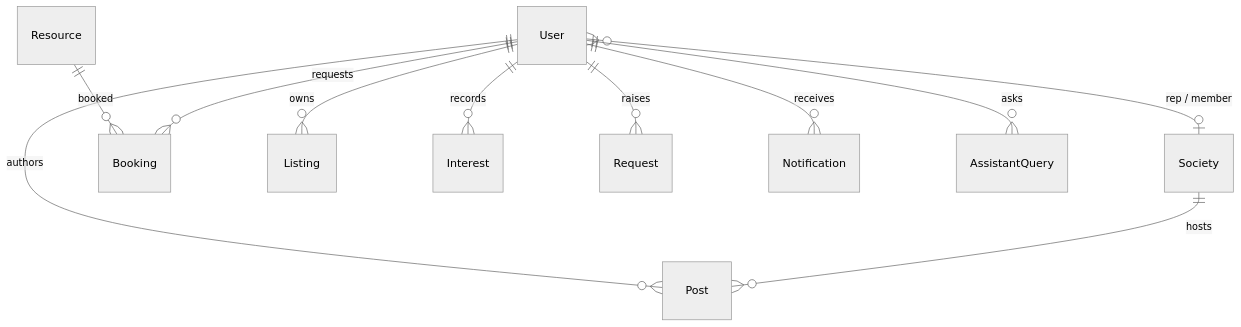
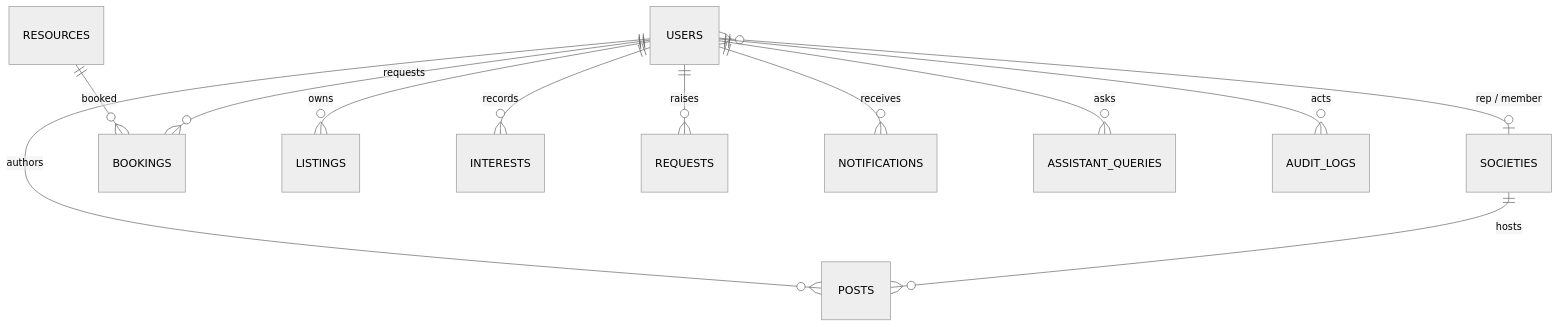
One commit to DevDash-26/Team-Axiom changed the third of 3 diagrams in REPORT.md. Above: the diagram before and after it, drawn with Mermaid (neutral theme). The commit also changed other lines of this file and 2 other files, not shown here.

````diff
--- a/REPORT.md
+++ b/REPORT.md
@@ -122,13 +127,14 @@
 ```mermaid
 erDiagram
-  User ||--o{ Post : authors
-  Society ||--o{ Post : hosts
-  User }o--o| Society : "rep / member"
-  Resource ||--o{ Booking : booked
-  User ||--o{ Booking : requests
-  User ||--o{ Listing : owns
-  User ||--o{ Interest : records
-  User ||--o{ Request : raises
-  User ||--o{ Notification : receives
-  User ||--o{ AssistantQuery : asks
+  USERS ||--o{ POSTS : authors
+  SOCIETIES ||--o{ POSTS : hosts
+  USERS }o--o| SOCIETIES : "rep / member"
+  RESOURCES ||--o{ BOOKINGS : booked
+  USERS ||--o{ BOOKINGS : requests
+  USERS ||--o{ LISTINGS : owns
+  USERS ||--o{ INTERESTS : records
+  USERS ||--o{ REQUESTS : raises
+  USERS ||--o{ NOTIFICATIONS : receives
+  USERS ||--o{ ASSISTANT_QUERIES : asks
+  USERS ||--o{ AUDIT_LOGS : acts
 ```
````
